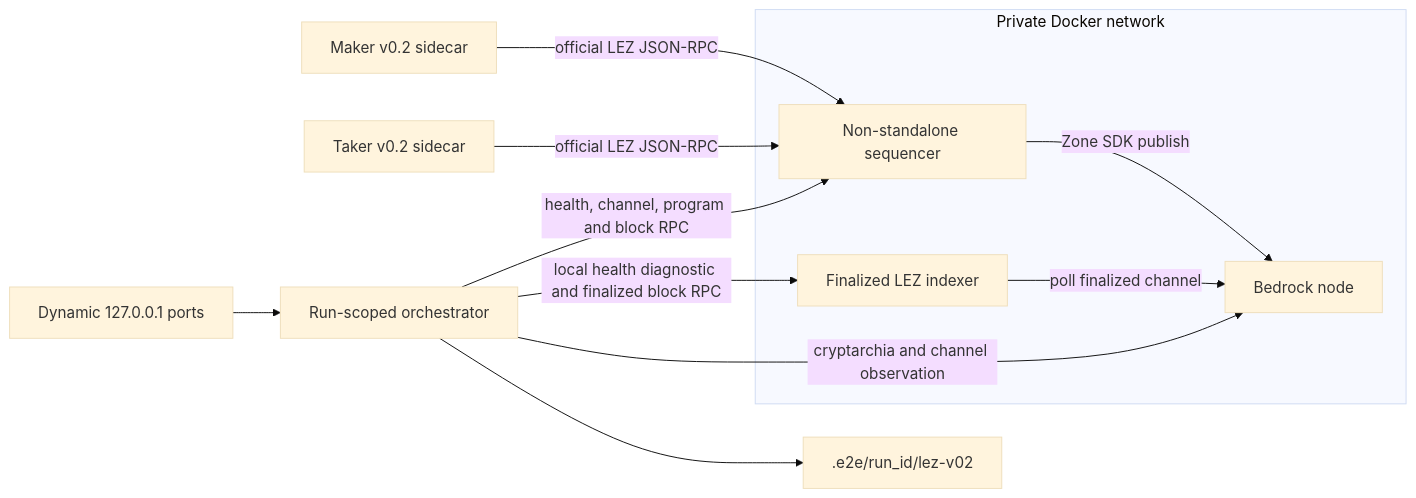
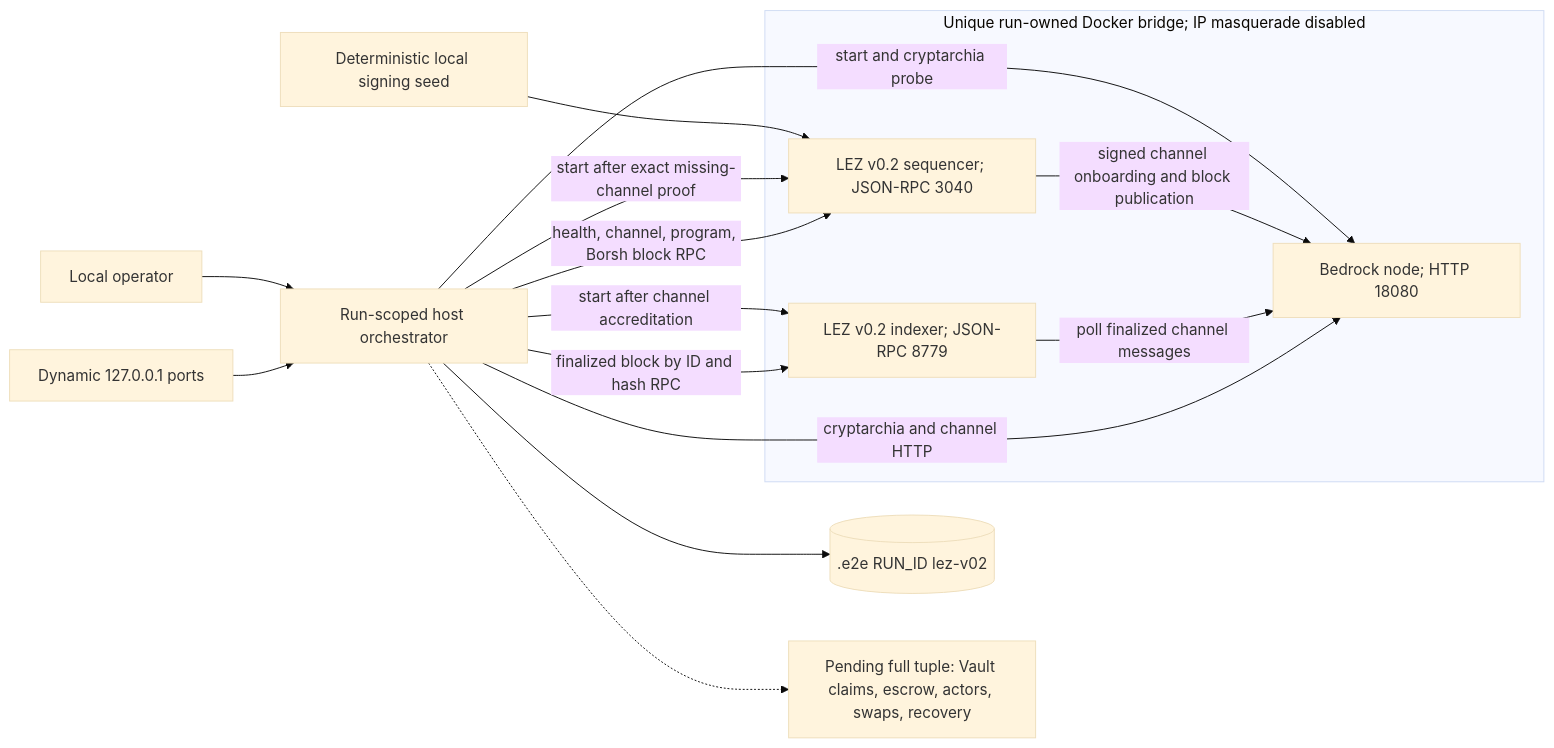
The diagram in docs/architecture/0024-source-audited-lez-v0-2-local-stack.md (gateway-fm/lez-atomic-swaps), drawn with Mermaid (base theme) before and after one commit. The commit also changed other lines of this file and 24 other files, not shown here.

````diff
--- a/docs/architecture/0024-source-audited-lez-v0-2-local-stack.md
+++ b/docs/architecture/0024-source-audited-lez-v0-2-local-stack.md
@@ -5,25 +5,30 @@
 ```mermaid
 flowchart LR
-    Maker["Maker v0.2 sidecar"]
-    Taker["Taker v0.2 sidecar"]
-    Orchestrator["Run-scoped orchestrator"]
+    Operator["Local operator"]
+    Orchestrator["Run-scoped host orchestrator"]
+    State[(".e2e RUN_ID lez-v02")]
+    Key["Deterministic local signing seed"]
 
-    subgraph RunNetwork["Private Docker network"]
-        Sequencer["Non-standalone sequencer"]
-        Bedrock["Bedrock node"]
-        Indexer["Finalized LEZ indexer"]
+    subgraph Bridge["Unique run-owned Docker bridge; IP masquerade disabled"]
+        Bedrock["Bedrock node; HTTP 18080"]
+        Sequencer["LEZ v0.2 sequencer; JSON-RPC 3040"]
+        Indexer["LEZ v0.2 indexer; JSON-RPC 8779"]
     end
 
-    Host["Dynamic 127.0.0.1 ports"]
-    State[".e2e/run_id/lez-v02"]
+    Loopback["Dynamic 127.0.0.1 ports"]
+    Pending["Pending full tuple: Vault claims, escrow, actors, swaps, recovery"]
 
-    Maker -->|"official LEZ JSON-RPC"| Sequencer
-    Taker -->|"official LEZ JSON-RPC"| Sequencer
-    Sequencer -->|"Zone SDK publish"| Bedrock
-    Indexer -->|"poll finalized channel"| Bedrock
-    Orchestrator -->|"health, channel, program and block RPC"| Sequencer
-    Orchestrator -->|"cryptarchia and channel observation"| Bedrock
-    Orchestrator -->|"local health diagnostic and finalized block RPC"| Indexer
-    Host --> Orchestrator
+    Operator --> Orchestrator
     Orchestrator --> State
+    Key --> Sequencer
+    Orchestrator -->|"start and cryptarchia probe"| Bedrock
+    Orchestrator -->|"start after exact missing-channel proof"| Sequencer
+    Sequencer -->|"signed channel onboarding and block publication"| Bedrock
+    Orchestrator -->|"start after channel accreditation"| Indexer
+    Indexer -->|"poll finalized channel messages"| Bedrock
+    Orchestrator -->|"health, channel, program, Borsh block RPC"| Sequencer
+    Orchestrator -->|"cryptarchia and channel HTTP"| Bedrock
+    Orchestrator -->|"finalized block by ID and hash RPC"| Indexer
+    Loopback --> Orchestrator
+    Orchestrator -.-> Pending
 ```
````
